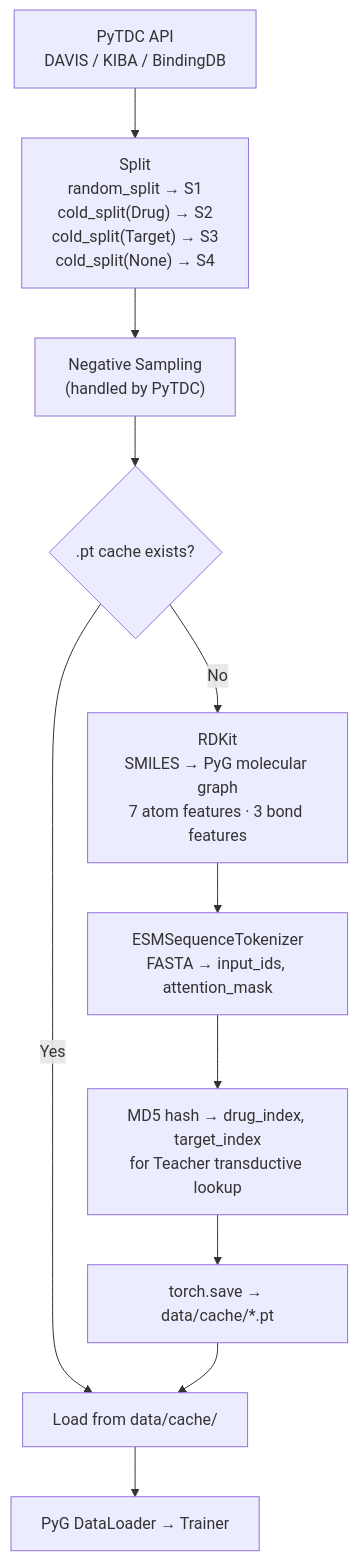
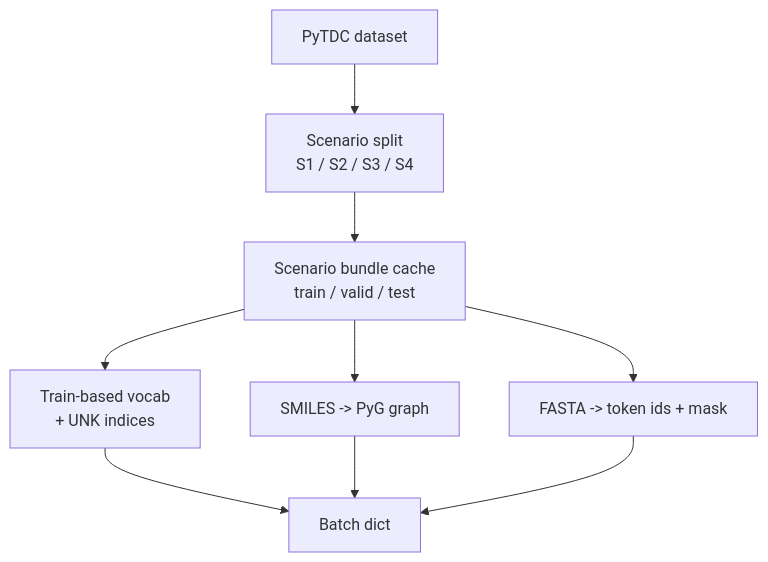
One commit to mysorf-9239/UGTSDTI changed the diagram in docs/source/data.rst. Above: the diagram before and after it, drawn with Mermaid. The commit also changed other lines of this file and 77 other files, not shown here.

```diff
--- a/docs/source/data.rst
+++ b/docs/source/data.rst
@@ -11,13 +13,11 @@
 .. mermaid::
 
     flowchart TD
-        A["PyTDC API\nDAVIS / KIBA / BindingDB"] --> B["Split\nrandom_split → S1\ncold_split(Drug) → S2\ncold_split(Target) → S3\ncold_split(None) → S4"]
-        B --> C["Negative Sampling\n(handled by PyTDC)"]
-        C --> D{".pt cache exists?"}
-        D -- Yes --> E["Load from data/cache/"]
-        D -- No --> F["RDKit\nSMILES → PyG molecular graph\n7 atom features · 3 bond features"]
-        F --> G["ESMSequenceTokenizer\nFASTA → input_ids, attention_mask"]
-        G --> H["MD5 hash → drug_index, target_index\nfor Teacher transductive lookup"]
-        H --> I["torch.save → data/cache/*.pt"]
-        I --> E
-        E --> J["PyG DataLoader → Trainer"]
+        TDC["PyTDC dataset"] --> Split["Scenario split\nS1 / S2 / S3 / S4"]
+        Split --> Cache["Scenario bundle cache\ntrain / valid / test"]
+        Cache --> Drug["SMILES -> PyG graph"]
+        Cache --> Target["FASTA -> token ids + mask"]
+        Cache --> Vocab["Train-based vocab\n+ UNK indices"]
+        Vocab --> Batch["Batch dict"]
+        Drug --> Batch
+        Target --> Batch
```
